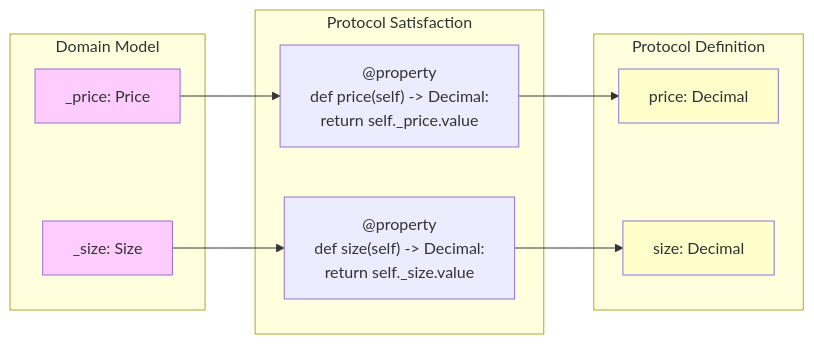
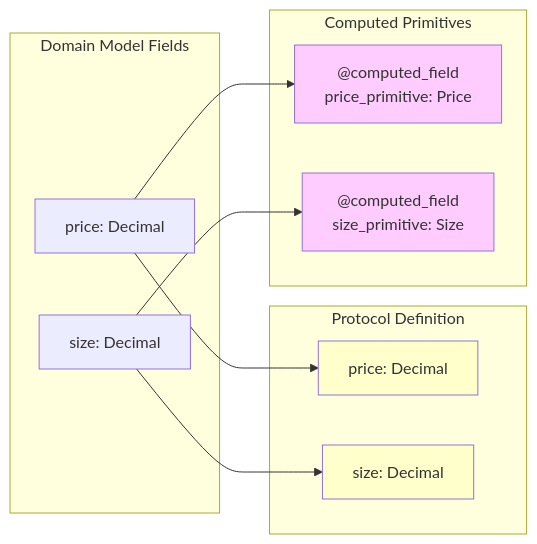
The third of 4 diagrams in docs/architecture/domain-primitives.md (kylejtobin/cognitive-protocol-arch-market-service), drawn with Mermaid before and after one commit. The commit also changed other lines of this file and 3 other files, not shown here.

First line of the commit message:
feat: implement domain primitives with computed field pattern

````diff
--- a/docs/architecture/domain-primitives.md
+++ b/docs/architecture/domain-primitives.md
@@ -121,27 +166,27 @@
 ```mermaid
 graph LR
     subgraph "Protocol Definition"
         P1[price: Decimal]
         P2[size: Decimal]
     end
 
-    subgraph "Domain Model"
-        D1[_price: Price]
-        D2[_size: Size]
+    subgraph "Domain Model Fields"
+        D1[price: Decimal]
+        D2[size: Decimal]
     end
 
-    subgraph "Protocol Satisfaction"
-        S1["@property<br/>def price(self) -> Decimal:<br/>    return self._price.value"]
-        S2["@property<br/>def size(self) -> Decimal:<br/>    return self._size.value"]
+    subgraph "Computed Primitives"
+        C1["@computed_field<br/>price_primitive: Price"]
+        C2["@computed_field<br/>size_primitive: Size"]
     end
 
-    D1 --> S1
-    D2 --> S2
-    S1 --> P1
-    S2 --> P2
+    D1 --> P1
+    D2 --> P2
+    D1 --> C1
+    D2 --> C2
 
     style P1 fill:#ffffcc
     style P2 fill:#ffffcc
-    style D1 fill:#ffccff
-    style D2 fill:#ffccff
+    style C1 fill:#ffccff
+    style C2 fill:#ffccff
 ```
````
